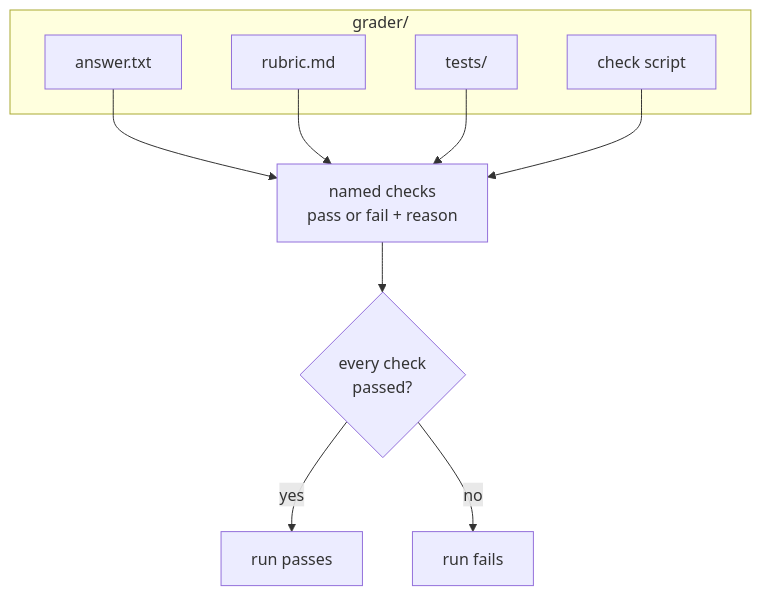
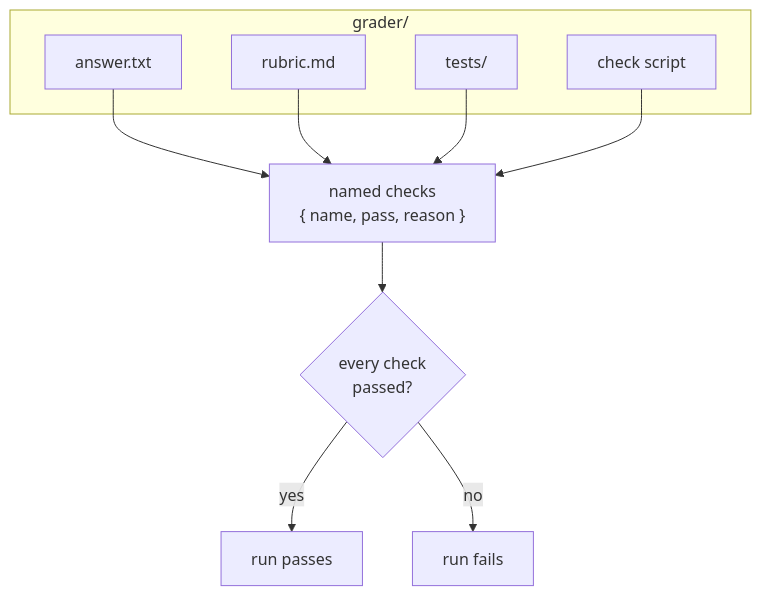
The fourth of 5 diagrams in docs/eval-spec.md (BuidlGuidl/ethevals), drawn with Mermaid before and after one commit. The commit also changed other lines of this file and 1 other file, not shown here.

Commit message:
Reorder eval spec, define named checks, name the site tables

````diff
--- a/docs/eval-spec.md
+++ b/docs/eval-spec.md
@@ -169,20 +224,20 @@
 ```mermaid
 flowchart TD
     subgraph grader["grader/"]
         AN["answer.txt"]
         RU["rubric.md"]
         TE["tests/"]
         CS["check script"]
     end
-    CH["named checks<br/>pass or fail + reason"]
+    CH["named checks<br/>{ name, pass, reason }"]
     RUN{"every check<br/>passed?"}
     P["run passes"]
     F["run fails"]
     AN --> CH
     RU --> CH
     TE --> CH
     CS --> CH
     CH --> RUN
     RUN -- yes --> P
     RUN -- no --> F
 ```
````
